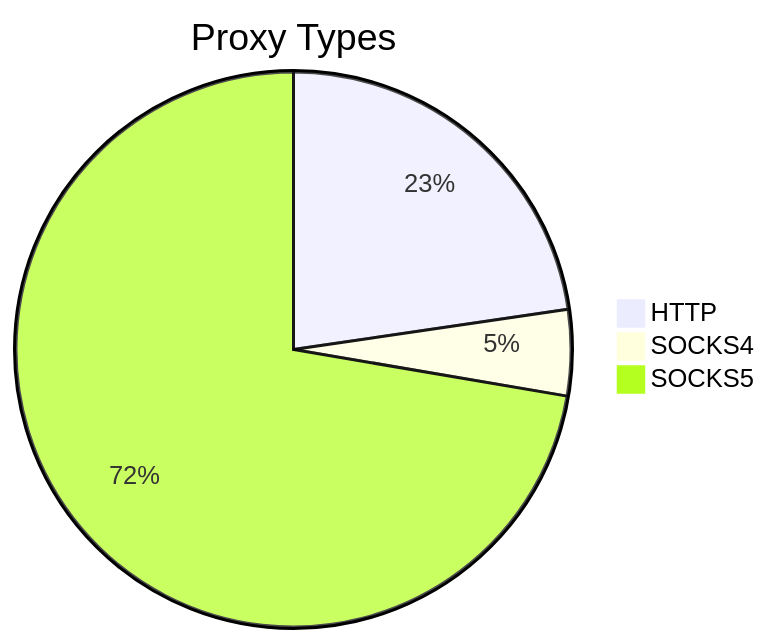
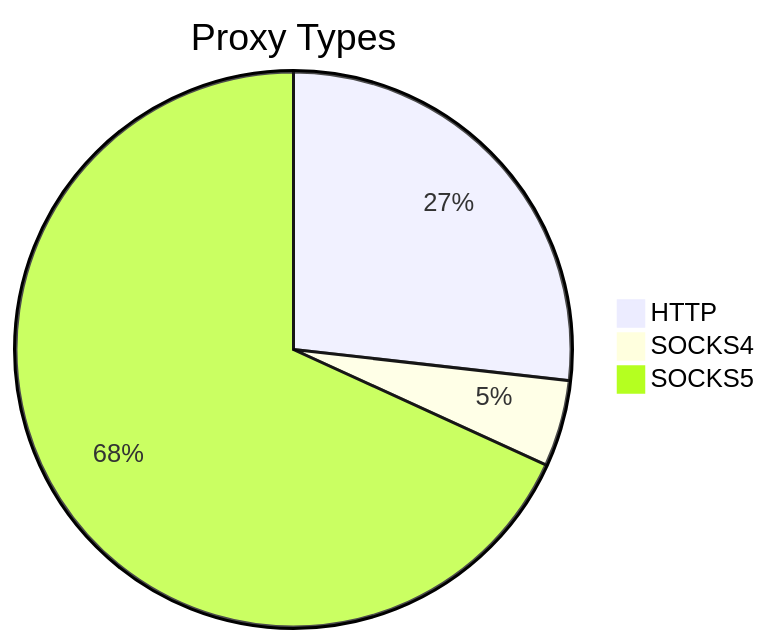
The first of 2 diagrams in README.md (stormsia/proxy-list), drawn with Mermaid before and after one commit. The commit also changed other lines of this file, not shown here.

````diff
--- a/README.md
+++ b/README.md
@@ -21,6 +21,6 @@
 ```mermaid
 pie title Proxy Types
-    "HTTP" : 154
-    "SOCKS4" : 34
-    "SOCKS5" : 491
+    "HTTP" : 101
+    "SOCKS4" : 19
+    "SOCKS5" : 257
 ```
````
